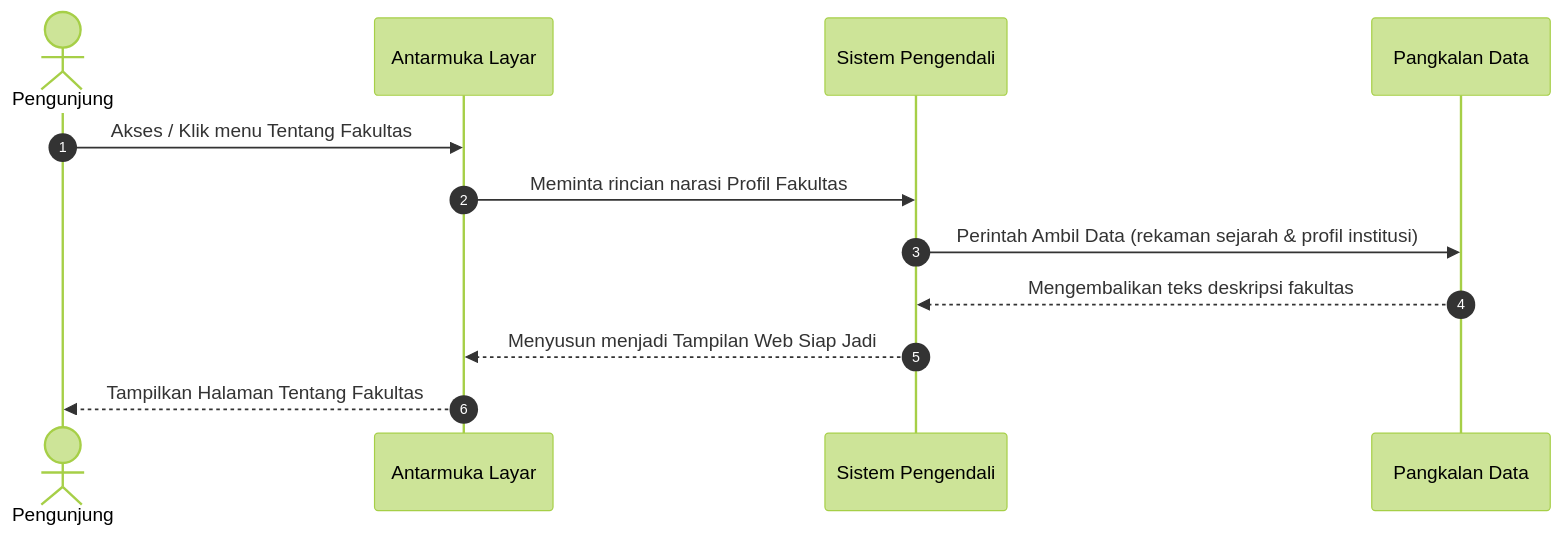
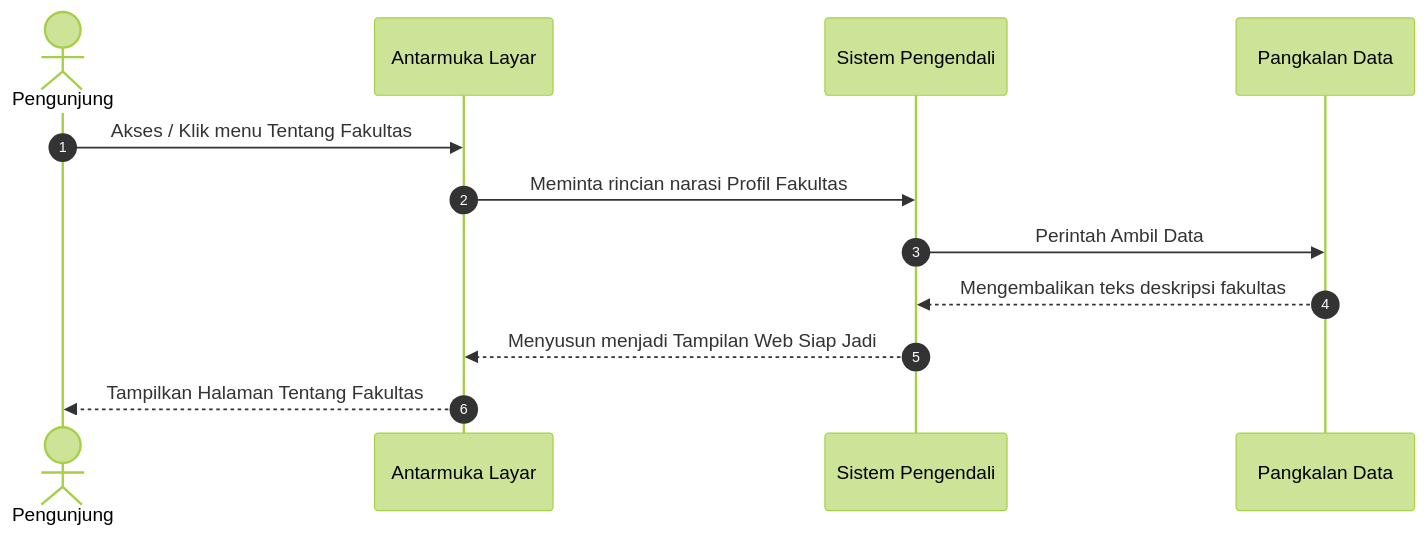
One commit to arbain-dev/Web_fikom changed the fourth of 39 diagrams in docs/02_DIAGRAM_URUTAN_SEQUENCE.md. Above: the diagram before and after it, drawn with Mermaid (forest theme). The commit also changed other lines of this file, not shown here.

````diff
--- a/docs/02_DIAGRAM_URUTAN_SEQUENCE.md
+++ b/docs/02_DIAGRAM_URUTAN_SEQUENCE.md
@@ -94,18 +94,18 @@
 ```mermaid
 sequenceDiagram
     autonumber
     
     actor User as Pengunjung
     participant Frontend as Antarmuka Layar
     participant Backend as Sistem Pengendali
     participant Database as Pangkalan Data
 
     User->>Frontend: Akses / Klik menu Tentang Fakultas
     Frontend->>Backend: Meminta rincian narasi Profil Fakultas
     
-    Backend->>Database: Perintah Ambil Data (rekaman sejarah & profil institusi)
+    Backend->>Database: Perintah Ambil Data
     Database-->>Backend: Mengembalikan teks deskripsi fakultas
     
     Backend-->>Frontend: Menyusun menjadi Tampilan Web Siap Jadi
     Frontend-->>User: Tampilkan Halaman Tentang Fakultas
 ```
````
